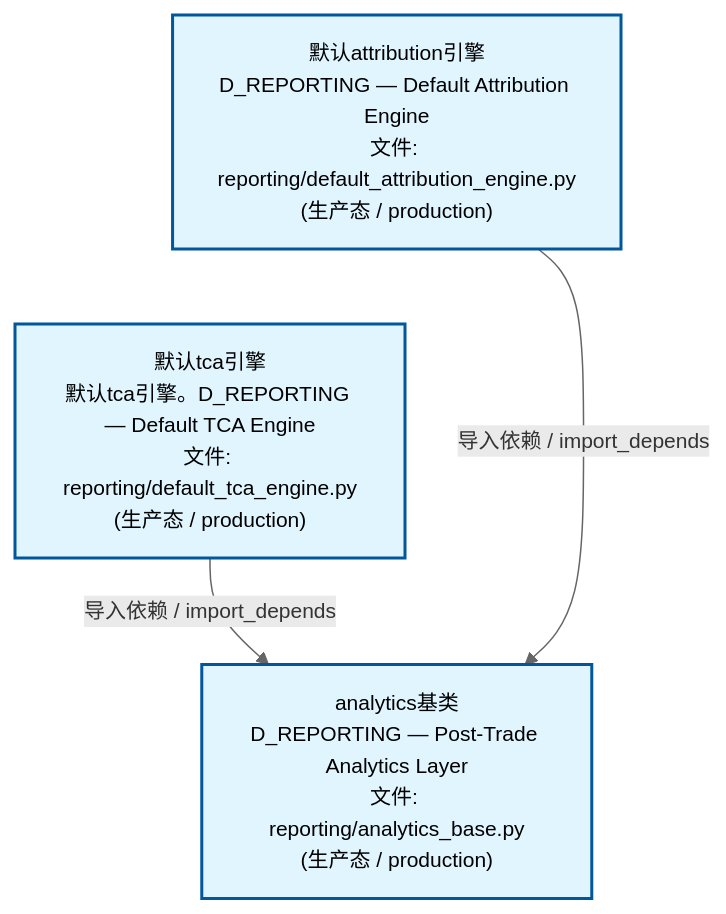
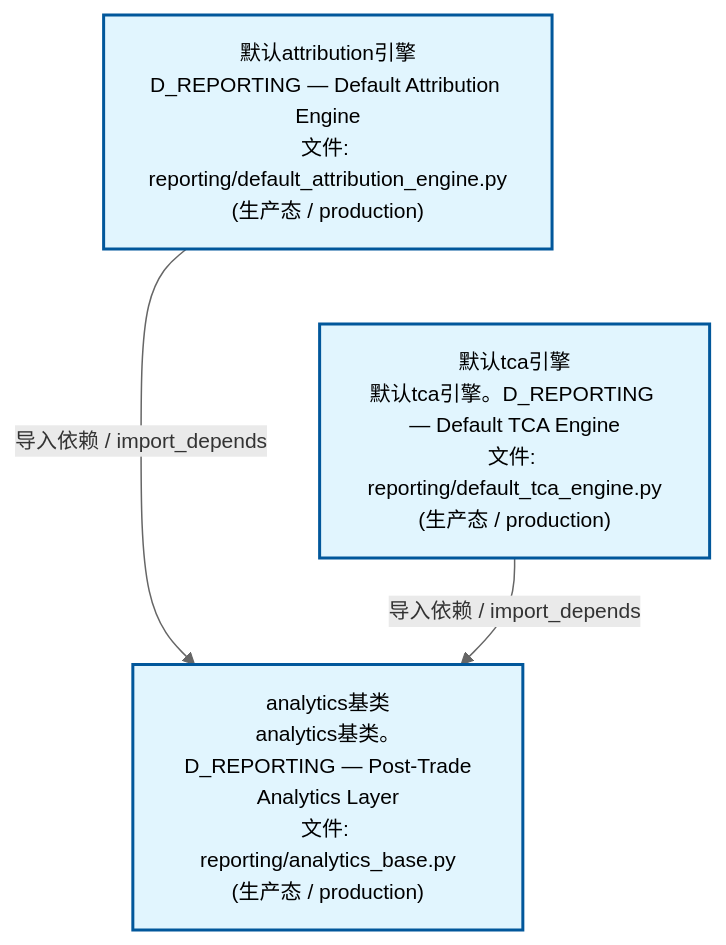
One commit to xuanFelixVan/ZephyrAlpha changed the second of 4 diagrams in docs/02_enterprise_architecture/02_domain_architecture_docs/26_d_reporting.md. Above: the diagram before and after it, drawn with Mermaid. The commit also changed other lines of this file and 58 other files, not shown here.

````diff
--- a/docs/02_enterprise_architecture/02_domain_architecture_docs/26_d_reporting.md
+++ b/docs/02_enterprise_architecture/02_domain_architecture_docs/26_d_reporting.md
@@ -117,15 +117,15 @@
 ```mermaid
 %%{init: {'theme': 'base', 'themeVariables': {'primaryColor': '#eaeaea', 'primaryTextColor': '#333333', 'primaryBorderColor': '#666666', 'lineColor': '#666666', 'secondaryColor': '#eaeaea', 'tertiaryColor': '#eaeaea', 'fontSize': '14px'}}}%%
 flowchart TD
     src_zephyr_reporting_default_attribution_engine_py["默认attribution引擎<br/>D_REPORTING — Default Attribution Engine<br/>文件: reporting/default_attribution_engine.py<br/>(生产态 / production)"]
     src_zephyr_reporting_default_tca_engine_py["默认tca引擎<br/>默认tca引擎。D_REPORTING — Default TCA Engine<br/>文件: reporting/default_tca_engine.py<br/>(生产态 / production)"]
     src_zephyr_reporting_default_attribution_engine_py ~~~ src_zephyr_reporting_default_tca_engine_py
-    src_zephyr_reporting_analytics_base_py["analytics基类<br/>D_REPORTING — Post-Trade Analytics Layer<br/>文件: reporting/analytics_base.py<br/>(生产态 / production)"]
+    src_zephyr_reporting_analytics_base_py["analytics基类<br/>analytics基类。D_REPORTING — Post-Trade<br/>Analytics Layer<br/>文件: reporting/analytics_base.py<br/>(生产态 / production)"]
+    src_zephyr_reporting_default_attribution_engine_py -->|导入依赖 / import_depends| src_zephyr_reporting_analytics_base_py
     src_zephyr_reporting_default_tca_engine_py -->|导入依赖 / import_depends| src_zephyr_reporting_analytics_base_py
-    src_zephyr_reporting_default_attribution_engine_py -->|导入依赖 / import_depends| src_zephyr_reporting_analytics_base_py
     classDef production fill:#e1f5fe,stroke:#01579b,stroke-width:2px,color:#000
     classDef design fill:#fff3e0,stroke:#e65100,stroke-width:2px,color:#000,stroke-dasharray: 5 5
     classDef external_prod fill:#e8f4fd,stroke:#0277bd,stroke-width:1px,color:#000
     classDef external_design fill:#fff8e7,stroke:#ef6c00,stroke-width:1px,color:#000,stroke-dasharray: 5 5
     class src_zephyr_reporting_analytics_base_py,src_zephyr_reporting_default_attribution_engine_py,src_zephyr_reporting_default_tca_engine_py production
 ```
````
